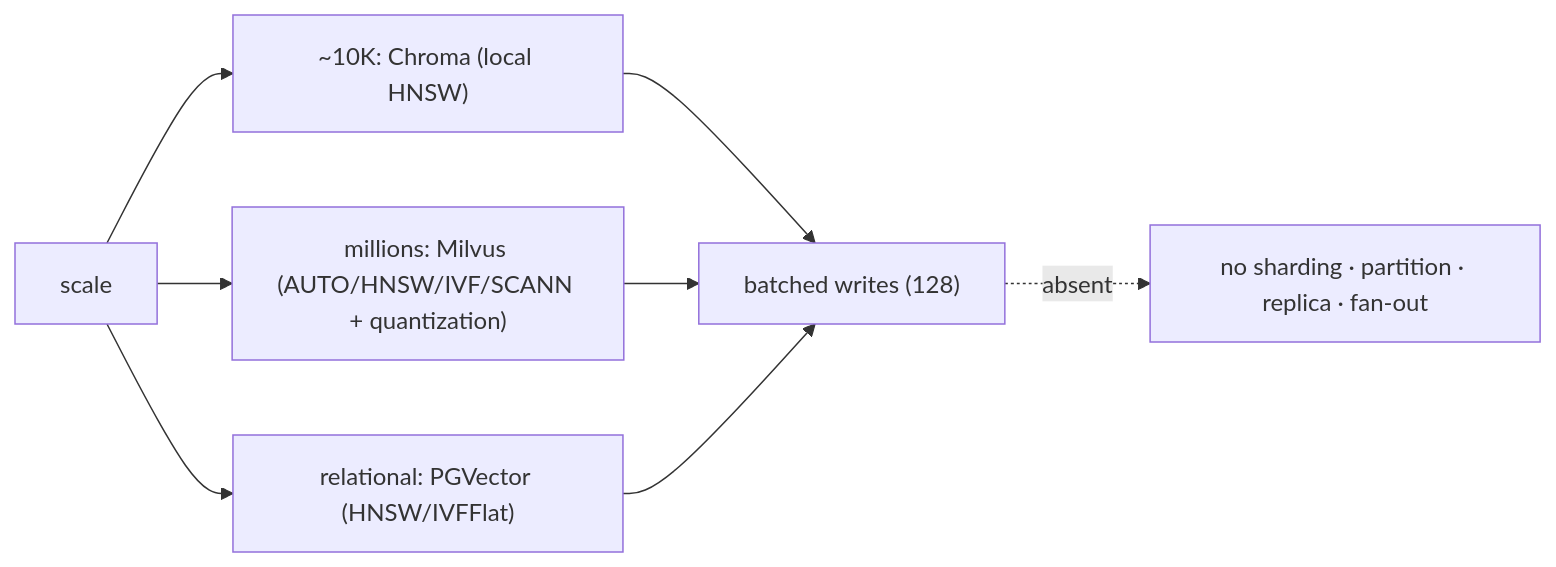
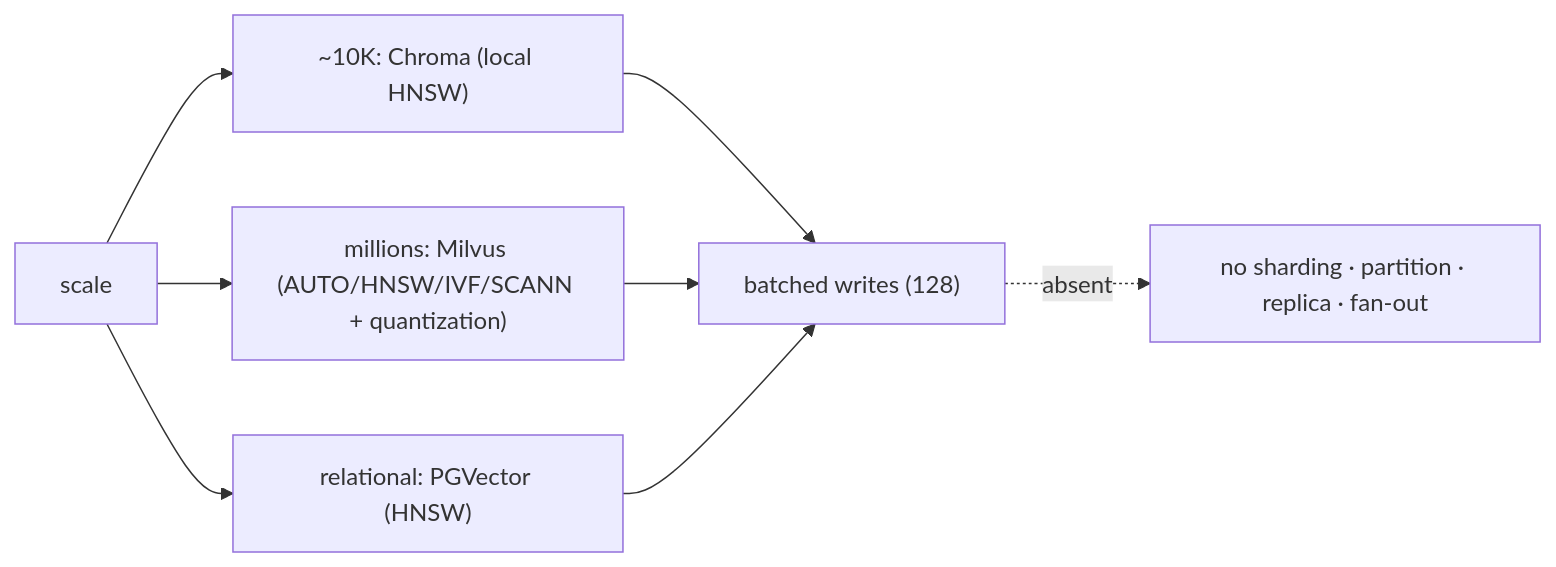
Before and after one commit to michaelatamuk/openjiuwen-jiuwenswarm: the eighth of 13 diagrams in docs-michael/interview_questions/05-rag-system-design.md, drawn with Mermaid. The commit also changed other lines of this file and 9 other files, not shown here.

````diff
--- a/docs-michael/interview_questions/05-rag-system-design.md
+++ b/docs-michael/interview_questions/05-rag-system-design.md
@@ -144,10 +144,10 @@
 ```mermaid
 flowchart LR
     S["scale"] --> SM["~10K: Chroma (local HNSW)"]
     S --> LG["millions: Milvus (AUTO/HNSW/IVF/SCANN + quantization)"]
-    S --> REL["relational: PGVector (HNSW/IVFFlat)"]
+    S --> REL["relational: PGVector (HNSW)"]
     SM --> W["batched writes (128)"]
     LG --> W
     REL --> W
     W -.->|"absent"| SHARD["no sharding · partition · replica · fan-out"]
 ```
````
